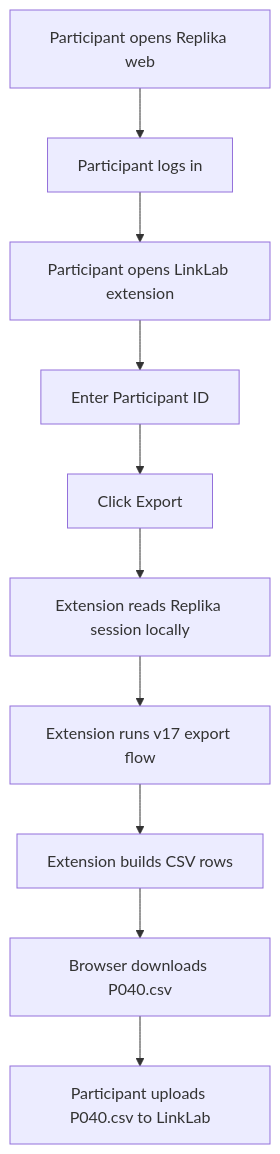
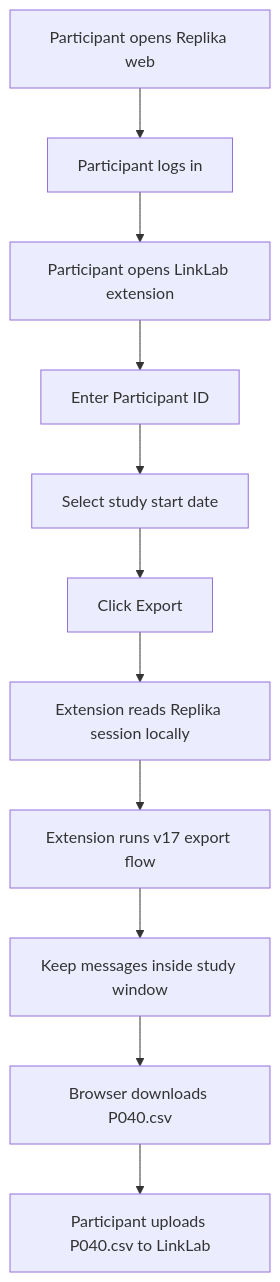
Before and after one commit to PengLin-Zilv/CompanionLink: the first of 7 diagrams in replika-online-export-visual-workflow.md, drawn with Mermaid. The commit also changed other lines of this file and 12 other files, not shown here.

Commit message:
feat: filter exports by study start date

````diff
--- a/replika-online-export-visual-workflow.md
+++ b/replika-online-export-visual-workflow.md
@@ -64,12 +67,13 @@
 ```mermaid
 flowchart TD
     A["Participant opens Replika web"] --> B["Participant logs in"]
     B --> C["Participant opens LinkLab extension"]
     C --> D["Enter Participant ID"]
-    D --> E["Click Export"]
-    E --> F["Extension reads Replika session locally"]
-    F --> G["Extension runs v17 export flow"]
-    G --> H["Extension builds CSV rows"]
-    H --> I["Browser downloads P040.csv"]
-    I --> J["Participant uploads P040.csv to LinkLab"]
+    D --> E["Select study start date"]
+    E --> F["Click Export"]
+    F --> G["Extension reads Replika session locally"]
+    G --> H["Extension runs v17 export flow"]
+    H --> I["Keep messages inside study window"]
+    I --> J["Browser downloads P040.csv"]
+    J --> K["Participant uploads P040.csv to LinkLab"]
 ```
````
